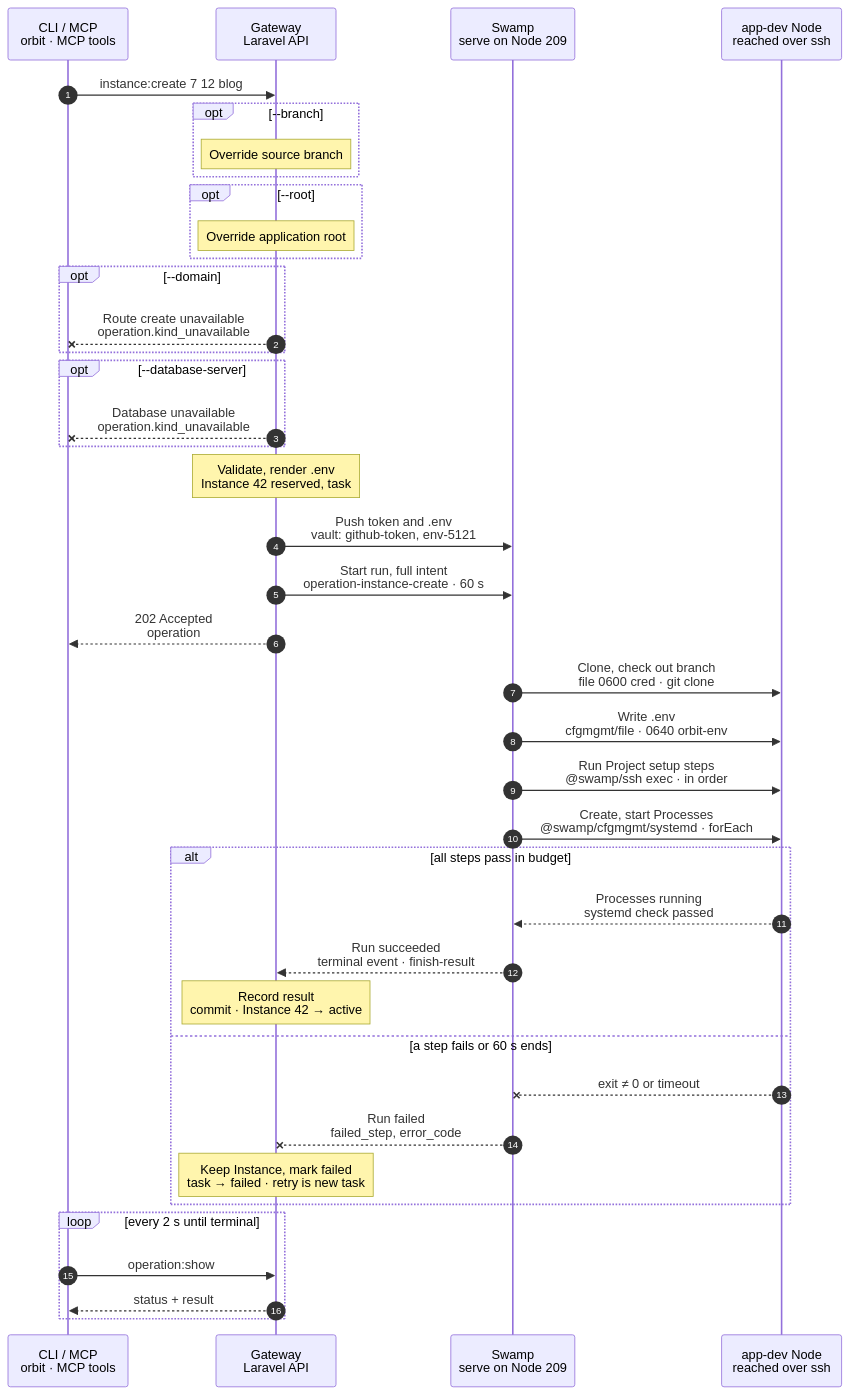
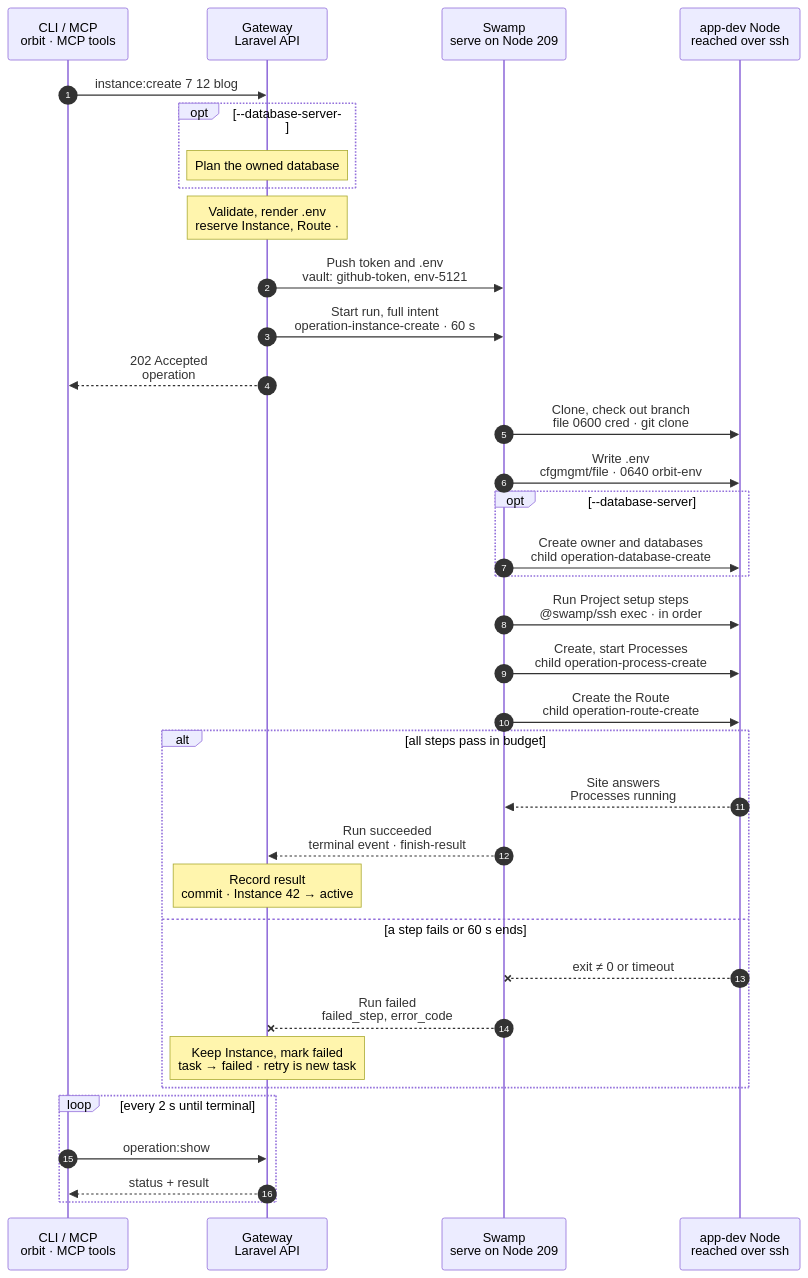
The diagram in docs/cli/instance/create.mmd (hardimpactdev/orbit), drawn with Mermaid before and after one commit. The commit also changed 17 other files, not shown here.

First line of the commit message:
feat(instance): create Instances for web-serving Projects

```diff
--- a/docs/cli/instance/create.mmd
+++ b/docs/cli/instance/create.mmd
@@ -1,170 +1,58 @@
 sequenceDiagram
   %% Target design: ADR 0244 task + full intent as inputs, single Swamp Node, DECISIONS 1 (token minted at admission, vault.get), Gateway renders .env from the Project env template (orbit-gateway-renders-create-env; Nick 2026-11-01), budget rule swamp-operation-time-budgets (<10 s, 60 s).
-  %% Tightened: flow-tighten 2026-11-02, rules 1-22 (rule 22: cfgmgmt file/systemd, 0600 credential file for the private fetch).
+  %% Tightened: flow-tighten 2026-11-02, rules 1-22 (rule 22: cfgmgmt file/systemd, 0600 credential file for the private fetch); 2026-11-03, rule 25 (minimal chart).
   %% Decided: Nick 2026-11-02, .env.testing only for an owned MySQL/PostgreSQL database, rendered by the Gateway and written by the same file step.
-  %% status: reviewed
+  %% Decided: Nick 2026-11-03, a web-serving Project gets its derived Route on the main path (requiresRoute); --domain overrides the domain; the Route reuses the route:create child.
+  %% status: draft
   %% command: instance:create
   %% kind: instance.create
   autonumber
   %% lane CLI icon=terminal pill=caller tone=gray
   %% lane GW icon=gateway pill=intent tone=blue
   %% lane SW icon=workflow pill=executes tone=green
   %% lane N icon=server pill=target tone=amber
   participant CLI as CLI / MCP<br/>orbit · MCP tools
   participant GW as Gateway<br/>Laravel API
   participant SW as Swamp<br/>serve on Node 209
   participant N as app-dev Node<br/>reached over ssh
   CLI->>GW: instance:create 7 12 blog
-  %%> Command:
-  %%> - `orbit instance:create 7 12 blog`
-  %%> - syntax: `<project> <node> <name> [--branch=BRANCH] [--domain=HOST] [--root=PATH] [--database-server=SLUG]`
-  %%> Input:
-  %%> - Project, app-dev Node and Instance name
-  %%> - optional: branch, domain, Database server for the Instance's database
-  %%> Who can call it:
-  %%> - the `orbit` CLI and the MCP tool send the same request
-  opt --branch
-    Note over GW: Override source branch
-    %%> What it changes:
-    %%> - selects the supplied branch instead of deriving it from the Instance name and Project default
+  opt --database-server
+    Note over GW: Plan the owned database
   end
-  opt --root
-    Note over GW: Override application root
-    %%> What it changes:
-    %%> - validates and records the relative root instead of using the Project root
-  end
-  opt --domain
-    GW--xCLI: Route create unavailable<br/>operation.kind_unavailable
-    %%> Result:
-    %%> - native create refuses an explicit domain before starting a run
-  end
-  opt --database-server
-    GW--xCLI: Database unavailable<br/>operation.kind_unavailable
-    %%> Result:
-    %%> - native create currently refuses database provisioning before starting a run
-    %%> - the owned-database path would render and write `.env.testing` for MySQL or PostgreSQL; it is unavailable here
-    %%> - no `.env.testing` is rendered or written on the main path
-  end
-  Note over GW: Validate, render .env<br/>Instance 42 reserved, task #5121
-  %%> Requirements:
-  %%> - your Node has an access grant to Node 12
-  %%> - the Node has the `app-dev` role
-  %%> - native create currently accepts only a non-web Project without Route or database provisioning
-  %%> - the Instance name and path are free
-  %%> Renders .env:
-  %%> - from the Project's stored env template, with its placeholders
-  %%> - filled with Instance values: `APP_URL`, a new `APP_KEY`, database keys
-  %%> Result:
-  %%> - Instance 42 recorded as reserved, with its rendered environment
-  %%> - task #5121 recorded with the full intent
-  %%> - nothing has happened on the Node yet
+  Note over GW: Validate, render .env<br/>reserve Instance, Route · #5121
+  %%> Why the Route first:
+  %%> - the Route changes the Process units, so the Gateway reserves it before it captures the Processes
   GW->>SW: Push token and .env<br/>vault: github-token, env-5121
   %%> Why:
-  %%> - the repository is private, so the clone needs a GitHub token
-  %%> - only the Gateway holds the GitHub App key
-  %%> - `.env` can hold secrets, which travel only through the vault
-  %%> What it does:
-  %%> - mints a read token for this one repository, valid 1 hour
-  %%> - pushes the token and the rendered `.env` into Swamp's vault
-  %%> Result:
-  %%> - the run reads both from the vault; no step calls the Gateway back (decision 1)
+  %%> - secrets reach the run only through the vault; no step calls the Gateway back (decision 1)
   GW->>SW: Start run, full intent<br/>operation-instance-create · 60 s
-  %%> What it does:
-  %%> - starts one run of `operation-instance-create` on Swamp serve (Node 209)
-  %%> Inputs:
-  %%> - everything the run needs: Node address, paths, branch, setup steps
-  %%> - secrets only as vault key names
-  %%> Budget:
-  %%> - 60 s for the whole run, target under 10 s
   GW-->>CLI: 202 Accepted<br/>operation #5121
-  %%> What you get:
-  %%> - the task number, at once
-  %%> Next:
-  %%> - the work continues in Swamp; the CLI follows it with `operation:show`
   SW->>N: Clone, check out branch<br/>file 0600 cred · git clone
-  %%> How:
-  %%> - Swamp reaches the Node over `@swamp/ssh` from 209
-  %%> - `@swamp/cfgmgmt/file` writes the vault token as a 0600 credential file; git reads it, so the token never enters argv
-  %%> What it does:
-  %%> - clones the repository into the Instance path and checks out the branch
-  %%> - removes the credential file at the end of the step
-  %%> Returns:
-  %%> - the checked-out commit, as this step's output
-  %%> Retry:
-  %%> - a guard skips the clone when the checkout already exists
-  %%> Runs as:
-  %%> - the Node's own user, not root
+  %%> Why the file:
+  %%> - git reads the token from it, so the token never enters argv
   SW->>N: Write .env<br/>cfgmgmt/file · 0640 orbit-env
-  %%> What it does:
-  %%> - creates the `orbit-env` group when the Node lacks it, with `@swamp/cfgmgmt/group`
-  %%> - writes the rendered `.env` from `vault.get env-5121` into the checkout as root, owned by the Node user with group `orbit-env`, mode 0640, so the Node agent can report its key names
-  %%> - selects the Node's Vite+ store for this Project (`VP_HOME`), so `vp` works in the setup steps
-  %%> Not included:
-  %%> - renders nothing; the Gateway already rendered `.env`
-  %%> - installs no dependencies; `composer install` and `vp install` are setup steps
-  %%> - starts no Process; that happens after the setup steps
+  opt --database-server
+    SW->>N: Create owner and databases<br/>child operation-database-create
+  end
   SW->>N: Run Project setup steps<br/>@swamp/ssh exec · in order
-  %%> What it does:
-  %%> - runs the Project's setup steps in order, as the Node's managed user, from the repository root
-  %%> Typical steps:
-  %%> - `composer install`
-  %%> - `vp install`
-  %%> - `php artisan migrate`
-  %%> How:
-  %%> - one `@swamp/ssh exec` per step; the first failure stops the run with that step's exit code
-  %%> Limits:
-  %%> - each step has its own timeout
-  %%> - the whole run stays inside the 60 s budget
-  SW->>N: Create, start Processes<br/>@swamp/cfgmgmt/systemd · forEach
-  %%> What it does:
-  %%> - creates the Instance's Processes from the Project's Process definitions for `development`
-  %%> - starts them, for example the Vite dev server (`vp-dev`) or a queue worker
-  %%> How:
-  %%> - one `forEach` item per Process, all at once: the unit file and `ensure: running` in `@swamp/cfgmgmt/systemd`
-  %%> - the behavior's `check` is the end check: each Process is running
-  %%> Why here:
-  %%> - after the setup steps, because Processes need the installed dependencies
-  %%> Today:
-  %%> - Project definitions only accept `production`; `development` must be added
+  SW->>N: Create, start Processes<br/>child operation-process-create
+  %%> Why after setup:
+  %%> - Processes need the installed dependencies
+  SW->>N: Create the Route<br/>child operation-route-create
+  %%> When:
+  %%> - only for a web-serving Project
   alt all steps pass in budget
-    N-->>SW: Processes running<br/>systemd check passed
-    %%> Returns:
-    %%> - the systemd check passed for every Process
-    %%> - the checked-out commit is already an output of the clone step
-    %%> Not returned:
-    %%> - nothing about `.env`; the Gateway rendered and stored it before the run
+    N-->>SW: Site answers<br/>Processes running
     SW-->>GW: Run succeeded<br/>terminal event · finish-result
-    %%> How the Gateway learns it:
-    %%> - its shared run reader sees the terminal event and reads the run's outputs
-    %%> - Swamp never calls the Gateway; the Gateway reads
     Note over GW: Record result<br/>commit · Instance 42 → active
-    %%> Result:
-    %%> - the commit is recorded
-    %%> - Instance 42 becomes active
-    %%> - task #5121 succeeds
   else a step fails or 60 s ends
     N--xSW: exit ≠ 0 or timeout
-    %%> When:
-    %%> - a step exits with an error, or the 60 s budget runs out
-    %%> Effect:
-    %%> - the run stops at that step
     SW--xGW: Run failed<br/>failed_step, error_code
-    %%> The Gateway reads:
-    %%> - which step failed
-    %%> - its error code
     Note over GW: Keep Instance, mark failed<br/>task → failed · retry is new task
-    %%> Result:
-    %%> - Instance 42 stays, marked failed, so you can see what happened
-    %%> - task #5121 fails
-    %%> Retry:
-    %%> - a retry is a new task; the Gateway never re-runs work by itself
+    %%> On failure:
+    %%> - the Instance stays so you can see what happened; the Gateway never re-runs work by itself
   end
   loop every 2 s until terminal
     CLI->>GW: operation:show #5121
-    %%> What it does:
-    %%> - asks for the task's status every 2 seconds until it has ended
     GW-->>CLI: status + result
-    %%> Returns:
-    %%> - the current status
-    %%> - the result, once the task has ended
   end
```
